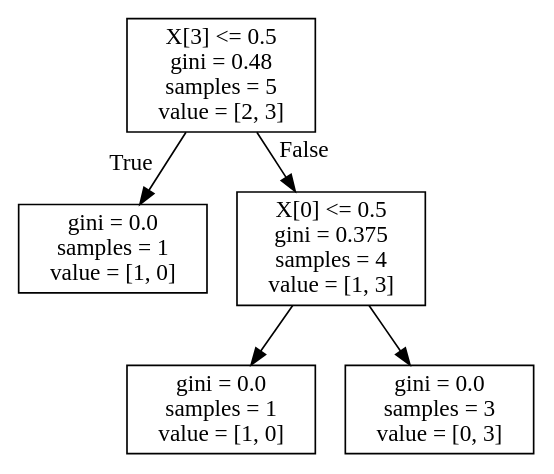
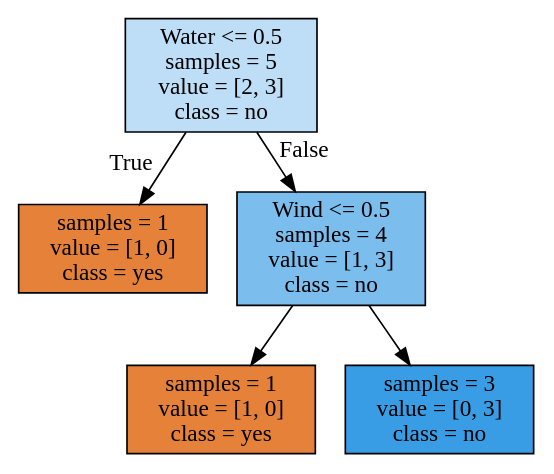
One commit to LuisArmandoPerez/Assignment_1_FDM changed the diagram in tree.dot. Above: the diagram before and after it, drawn with Graphviz. The commit also changed 3 other files, not shown here.

```diff
--- a/tree.dot
+++ b/tree.dot
@@ -1,12 +1,12 @@
 digraph Tree {
-node [shape=box] ;
-0 [label="X[3] <= 0.5\ngini = 0.48\nsamples = 5\nvalue = [2, 3]"] ;
-1 [label="gini = 0.0\nsamples = 1\nvalue = [1, 0]"] ;
+node [shape=box, style="filled", color="black"] ;
+0 [label="Water <= 0.5\nsamples = 5\nvalue = [2, 3]\nclass = no", fillcolor="#399de555"] ;
+1 [label="samples = 1\nvalue = [1, 0]\nclass = yes", fillcolor="#e58139ff"] ;
 0 -> 1 [labeldistance=2.5, labelangle=45, headlabel="True"] ;
-2 [label="X[0] <= 0.5\ngini = 0.375\nsamples = 4\nvalue = [1, 3]"] ;
+2 [label="Wind <= 0.5\nsamples = 4\nvalue = [1, 3]\nclass = no", fillcolor="#399de5aa"] ;
 0 -> 2 [labeldistance=2.5, labelangle=-45, headlabel="False"] ;
-3 [label="gini = 0.0\nsamples = 1\nvalue = [1, 0]"] ;
+3 [label="samples = 1\nvalue = [1, 0]\nclass = yes", fillcolor="#e58139ff"] ;
 2 -> 3 ;
-4 [label="gini = 0.0\nsamples = 3\nvalue = [0, 3]"] ;
+4 [label="samples = 3\nvalue = [0, 3]\nclass = no", fillcolor="#399de5ff"] ;
 2 -> 4 ;
 }
```
